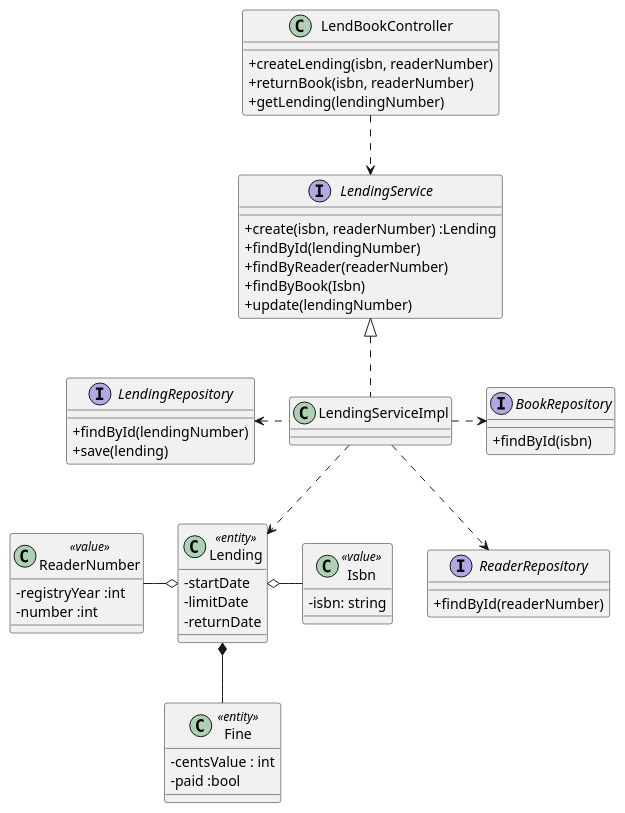
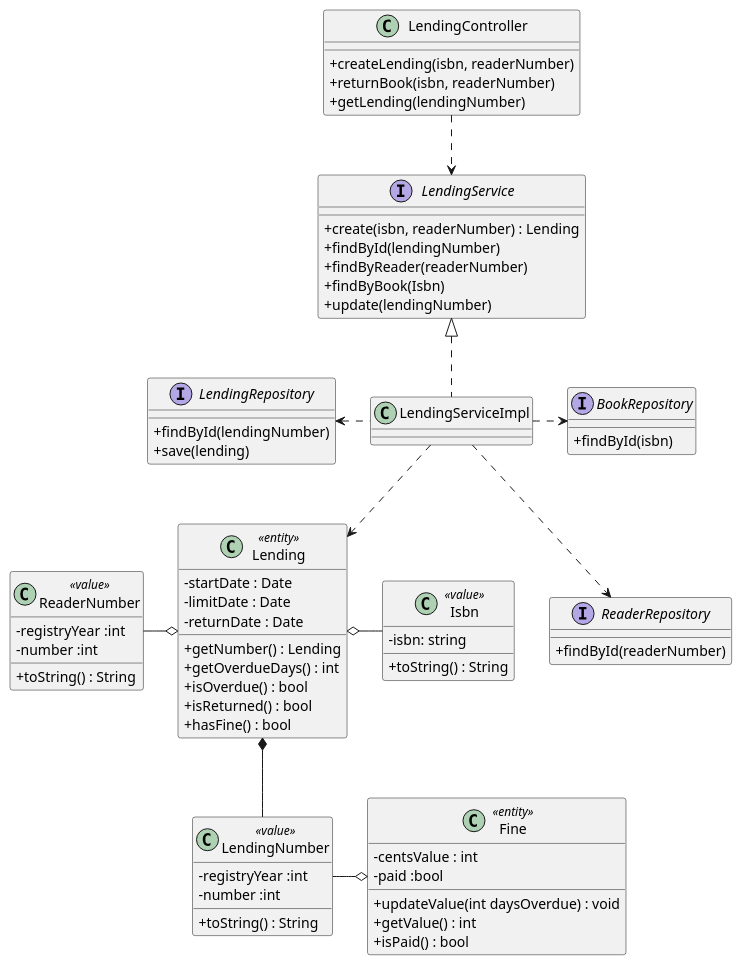
Before and after one commit to rutemf/1220944_1220772_G01: the diagram in Docs/Phase1/WP4A-Lendings/WP4A-Lendings-CD.puml, drawn with PlantUML. The commit also changed 7 other files, not shown here.

```diff
--- a/Docs/Phase1/WP4A-Lendings/WP4A-Lendings-CD.puml
+++ b/Docs/Phase1/WP4A-Lendings/WP4A-Lendings-CD.puml
@@ -1,75 +1,86 @@
 @startuml
 
 'hide circle
 skinparam classAttributeIconSize 0
 
-class LendBookController {
+class LendingController {
     + createLending(isbn, readerNumber)
     + returnBook(isbn, readerNumber)
     + getLending(lendingNumber)
 }
-
-/'class LendingFactory {
-    + create() : Lending
-}'/
 
 interface LendingRepository {
     + findById(lendingNumber)
     + save(lending)
 }
 
 interface LendingService {
-    + create(isbn, readerNumber) :Lending
+    + create(isbn, readerNumber) : Lending
     + findById(lendingNumber)
     + findByReader(readerNumber)
     + findByBook(Isbn)
     + update(lendingNumber)
 }
 
 class LendingServiceImpl implements LendingService{
 }
 
 interface ReaderRepository {
     + findById(readerNumber)
 }
 
 interface BookRepository {
     + findById(isbn)
 }
 
 class Lending <<entity>>{
-    - startDate
-    - limitDate
-    - returnDate
+    - startDate : Date
+    - limitDate : Date
+    - returnDate : Date
+    + getNumber() : Lending
+    + getOverdueDays() : int
+    + isOverdue() : bool
+    + isReturned() : bool
+    + hasFine() : bool
+}
+
+class LendingNumber <<value>> {
+    - registryYear :int
+    - number :int
+    + toString() : String
 }
 
 class Isbn <<value>>{
     - isbn: string
+    + toString() : String
 }
 
 class ReaderNumber <<value>>{
     - registryYear :int
     - number :int
+    + toString() : String
 }
 
 class Fine <<entity>>{
     - centsValue : int
     - paid :bool
+    + updateValue(int daysOverdue) : void
+    + getValue() : int
+    + isPaid() : bool
 }
 
 
 
 Lending o- Isbn
 Lending o-left- ReaderNumber
-Lending *-down- Fine
-/'
-LendingFactory ..> Lending
-'/
+Lending *-down- LendingNumber
+LendingNumber -right-o Fine
+
 LendingServiceImpl ..> Lending
 
-LendBookController ..> LendingService
+LendingController ..> LendingService
 LendingServiceImpl .left.> LendingRepository
 LendingServiceImpl ..> ReaderRepository
 LendingServiceImpl .right.> BookRepository
 
 @enduml
```
